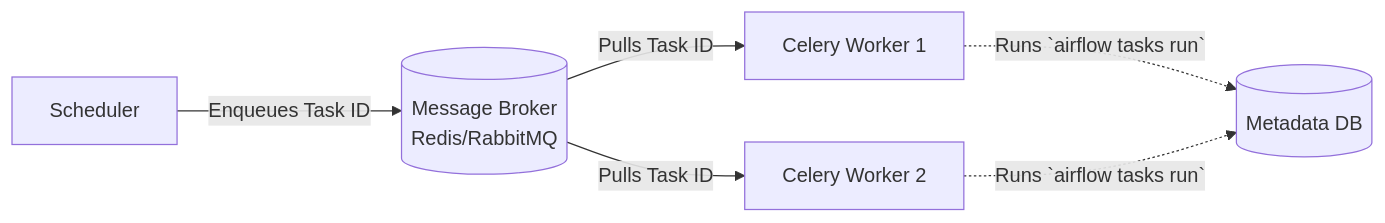
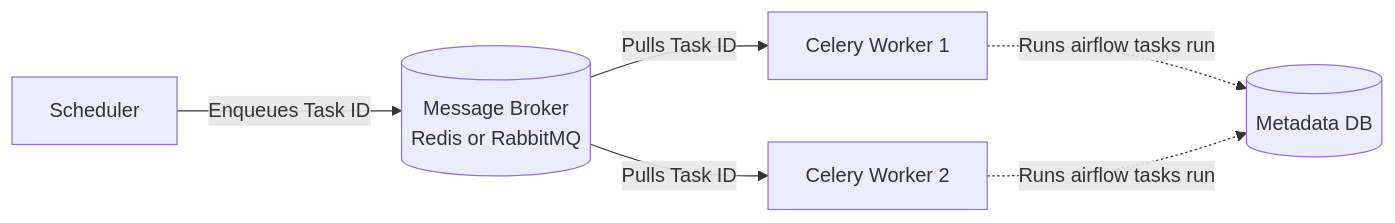
Before and after one commit to samargupta096/software-engineering: the third of 5 diagrams in devops/airflow/01_architecture_and_internals.md, drawn with Mermaid. The commit also changed other lines of this file and 4 other files, not shown here.

Commit message:
docs: finalize Mermaid diagram compliance across all Airflow modules and comprehensive guide

````diff
--- a/devops/airflow/01_architecture_and_internals.md
+++ b/devops/airflow/01_architecture_and_internals.md
@@ -119,9 +119,9 @@
 ```mermaid
 graph LR
-    S[Scheduler] -->|Enqueues Task ID| B[("Message Broker \n Redis/RabbitMQ")]
-    B -->|Pulls Task ID| W1[Celery Worker 1]
-    B -->|Pulls Task ID| W2[Celery Worker 2]
+    S["Scheduler"] -->|Enqueues Task ID| B[("Message Broker \n Redis or RabbitMQ")]
+    B -->|Pulls Task ID| W1["Celery Worker 1"]
+    B -->|Pulls Task ID| W2["Celery Worker 2"]
     
-    W1 -.->|Runs `airflow tasks run`| DB[(Metadata DB)]
-    W2 -.->|Runs `airflow tasks run`| DB
+    W1 -.->|"Runs airflow tasks run"| DB[("Metadata DB")]
+    W2 -.->|"Runs airflow tasks run"| DB
 ```
````
